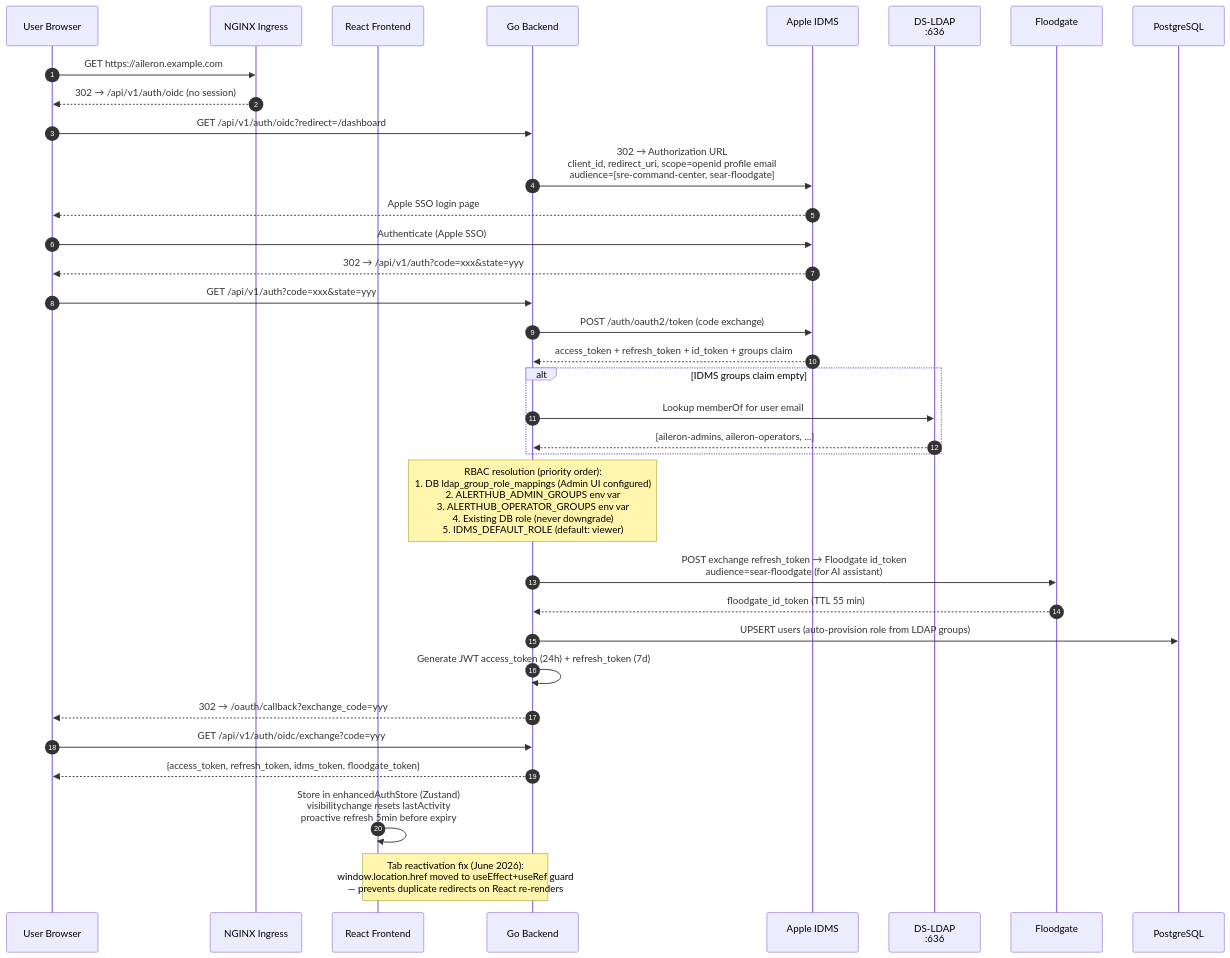
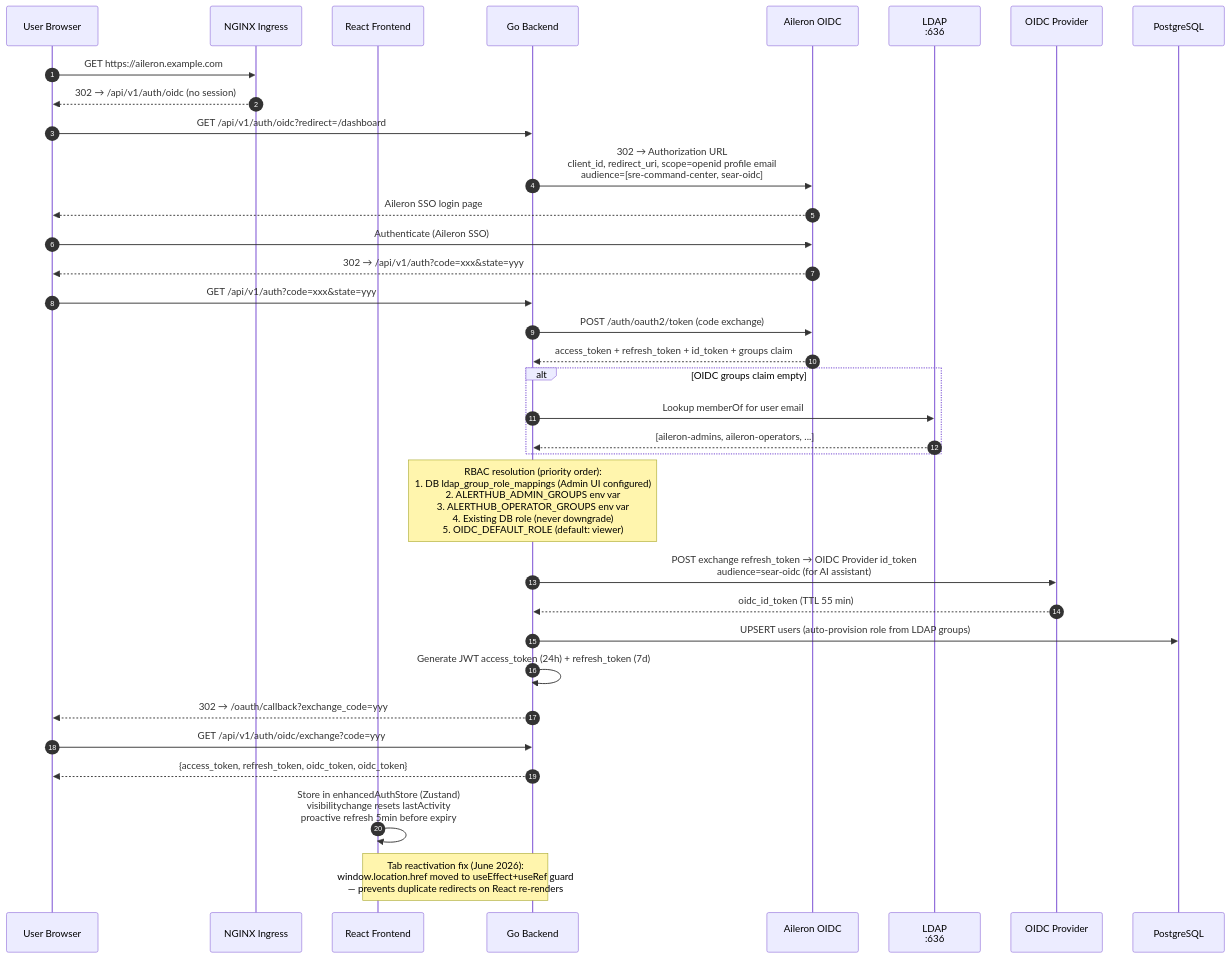
One commit to aiops-sre/aileron changed the fifth of 11 diagrams in platform/README.md. Above: the diagram before and after it, drawn with Mermaid. The commit also changed other lines of this file and 168 other files, not shown here.

````diff
--- a/platform/README.md
+++ b/platform/README.md
@@ -355,48 +355,48 @@
 ```mermaid
 sequenceDiagram
     autonumber
     participant U as User Browser
     participant NGINX as NGINX Ingress
     participant FE as React Frontend
     participant BE as Go Backend
-    participant IDMS as Apple IDMS<br/>
-    participant LDAP as DS-LDAP<br/>:636
-    participant FG as Floodgate<br/>
+    participant OIDC as Aileron OIDC<br/>
+    participant LDAP as LDAP<br/>:636
+    participant FG as OIDC Provider<br/>
     participant PG as PostgreSQL
 
     U->>NGINX: GET https://aileron.example.com
     NGINX-->>U: 302 → /api/v1/auth/oidc (no session)
 
     U->>BE: GET /api/v1/auth/oidc?redirect=/dashboard
-    BE->>IDMS: 302 → Authorization URL<br/>client_id, redirect_uri, scope=openid profile email<br/>audience=[sre-command-center, sear-floodgate]
-    IDMS-->>U: Apple SSO login page
+    BE->>OIDC: 302 → Authorization URL<br/>client_id, redirect_uri, scope=openid profile email<br/>audience=[sre-command-center, sear-oidc]
+    OIDC-->>U: Aileron SSO login page
 
-    U->>IDMS: Authenticate (Apple SSO)
-    IDMS-->>U: 302 → /api/v1/auth?code=xxx&state=yyy
+    U->>OIDC: Authenticate (Aileron SSO)
+    OIDC-->>U: 302 → /api/v1/auth?code=xxx&state=yyy
 
     U->>BE: GET /api/v1/auth?code=xxx&state=yyy
-    BE->>IDMS: POST /auth/oauth2/token (code exchange)
-    IDMS-->>BE: access_token + refresh_token + id_token + groups claim
+    BE->>OIDC: POST /auth/oauth2/token (code exchange)
+    OIDC-->>BE: access_token + refresh_token + id_token + groups claim
 
-    alt IDMS groups claim empty
+    alt OIDC groups claim empty
         BE->>LDAP: Lookup memberOf for user email
         LDAP-->>BE: [aileron-admins, aileron-operators, ...]
     end
 
-    Note over BE: RBAC resolution (priority order):<br/>1. DB ldap_group_role_mappings (Admin UI configured)<br/>2. ALERTHUB_ADMIN_GROUPS env var<br/>3. ALERTHUB_OPERATOR_GROUPS env var<br/>4. Existing DB role (never downgrade)<br/>5. IDMS_DEFAULT_ROLE (default: viewer)
+    Note over BE: RBAC resolution (priority order):<br/>1. DB ldap_group_role_mappings (Admin UI configured)<br/>2. ALERTHUB_ADMIN_GROUPS env var<br/>3. ALERTHUB_OPERATOR_GROUPS env var<br/>4. Existing DB role (never downgrade)<br/>5. OIDC_DEFAULT_ROLE (default: viewer)
 
-    BE->>FG: POST exchange refresh_token → Floodgate id_token<br/>audience=sear-floodgate (for AI assistant)
-    FG-->>BE: floodgate_id_token (TTL 55 min)
+    BE->>FG: POST exchange refresh_token → OIDC Provider id_token<br/>audience=sear-oidc (for AI assistant)
+    FG-->>BE: oidc_id_token (TTL 55 min)
 
     BE->>PG: UPSERT users (auto-provision role from LDAP groups)
 
     BE->>BE: Generate JWT access_token (24h) + refresh_token (7d)
     BE-->>U: 302 → /oauth/callback?exchange_code=yyy
 
     U->>BE: GET /api/v1/auth/oidc/exchange?code=yyy
-    BE-->>U: {access_token, refresh_token, idms_token, floodgate_token}
+    BE-->>U: {access_token, refresh_token, oidc_token, oidc_token}
 
     FE->>FE: Store in enhancedAuthStore (Zustand)<br/>visibilitychange resets lastActivity<br/>proactive refresh 5min before expiry
 
     Note over FE,BE: Tab reactivation fix (June 2026):<br/>window.location.href moved to useEffect+useRef guard<br/>— prevents duplicate redirects on React re-renders
 ```
````
